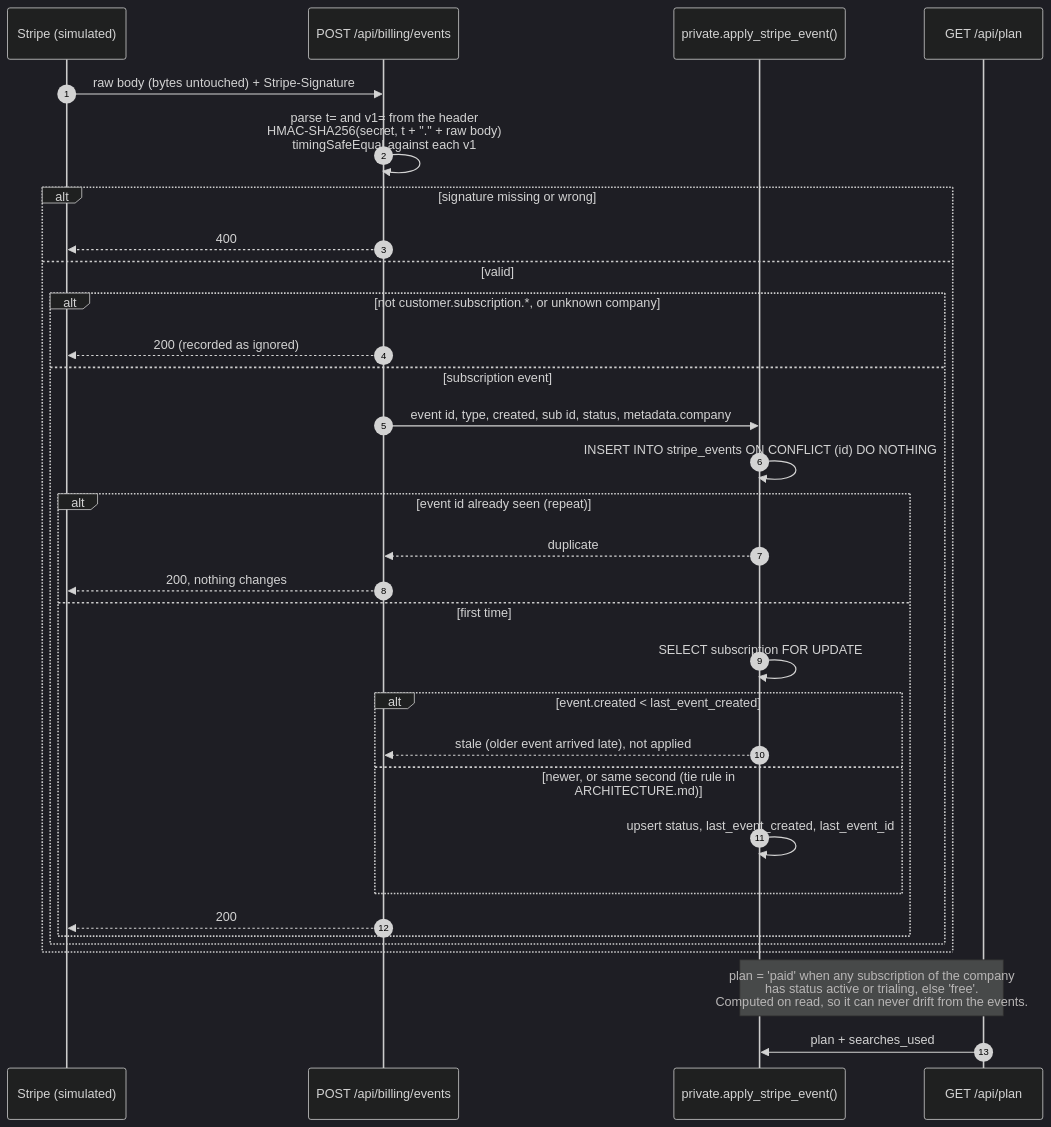
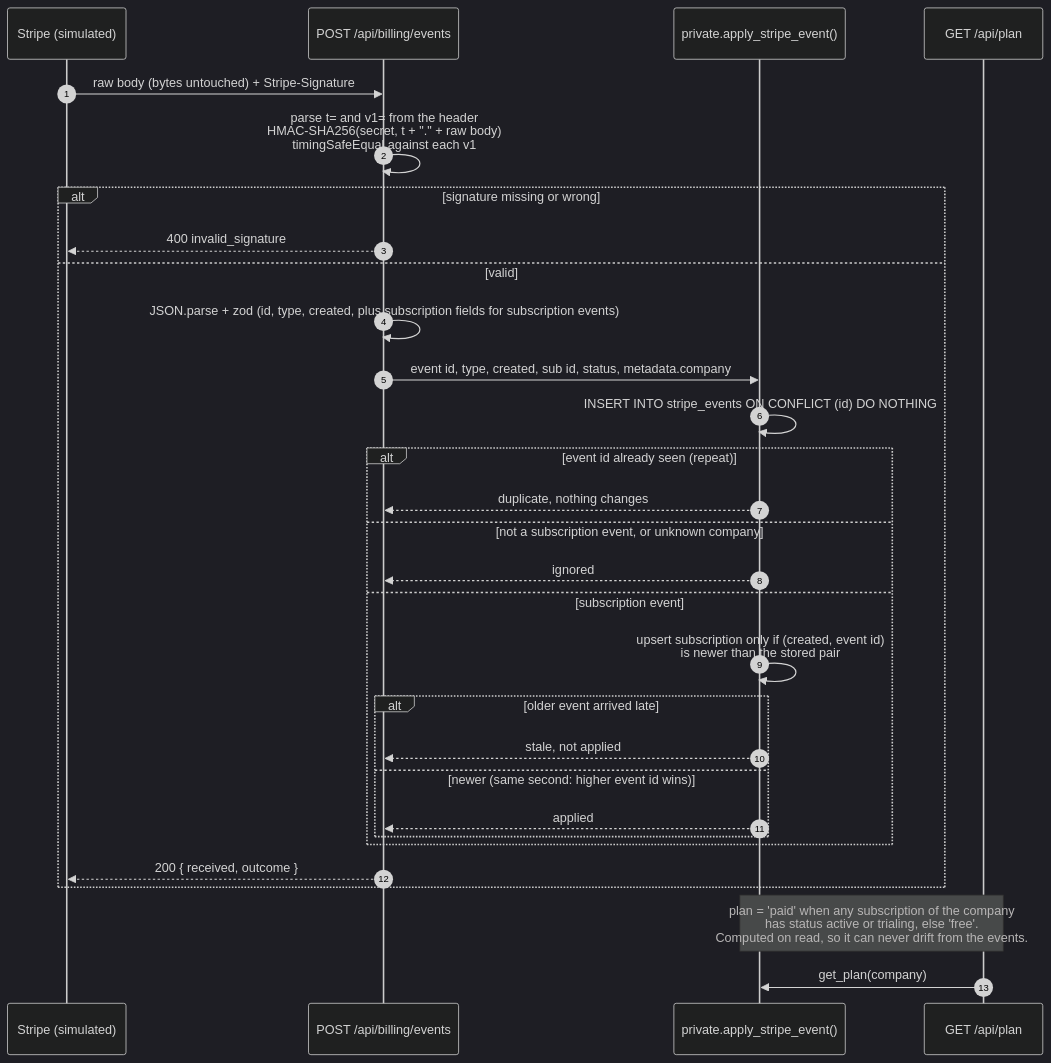
The fifth of 7 diagrams in docs/DIAGRAMS.md (Shweta488/candidate-search), drawn with Mermaid (dark theme) before and after one commit. The commit also changed other lines of this file and 7 other files, not shown here.

First line of the commit message:
docs: align architecture, rules and diagrams with the LLD

````diff
--- a/docs/DIAGRAMS.md
+++ b/docs/DIAGRAMS.md
@@ -257,37 +259,35 @@
 ```mermaid
-%% LLD: Stripe webhook handling. One Postgres transaction per event.
+%% LLD: Stripe webhook handling (LLD section 5). One Postgres transaction per event.
 sequenceDiagram
     autonumber
     participant ST as Stripe (simulated)
     participant API as POST /api/billing/events
     participant DB as private.apply_stripe_event()
     participant PL as GET /api/plan
 
     ST->>API: raw body (bytes untouched) + Stripe-Signature
     API->>API: parse t= and v1= from the header<br/>HMAC-SHA256(secret, t + "." + raw body)<br/>timingSafeEqual against each v1
     alt signature missing or wrong
-        API-->>ST: 400
+        API-->>ST: 400 invalid_signature
     else valid
-        alt not customer.subscription.*, or unknown company
-            API-->>ST: 200 (recorded as ignored)
+        API->>API: JSON.parse + zod (id, type, created, plus subscription fields for subscription events)
+        API->>DB: event id, type, created, sub id, status, metadata.company
+        DB->>DB: INSERT INTO stripe_events ON CONFLICT (id) DO NOTHING
+        alt event id already seen (repeat)
+            DB-->>API: duplicate, nothing changes
+        else not a subscription event, or unknown company
+            DB-->>API: ignored
         else subscription event
-            API->>DB: event id, type, created, sub id, status, metadata.company
-            DB->>DB: INSERT INTO stripe_events ON CONFLICT (id) DO NOTHING
-            alt event id already seen (repeat)
-                DB-->>API: duplicate
-                API-->>ST: 200, nothing changes
-            else first time
-                DB->>DB: SELECT subscription FOR UPDATE
-                alt event.created < last_event_created
-                    DB-->>API: stale (older event arrived late), not applied
-                else newer, or same second (tie rule in ARCHITECTURE.md)
-                    DB->>DB: upsert status, last_event_created, last_event_id
-                end
-                API-->>ST: 200
+            DB->>DB: upsert subscription only if (created, event id)<br/>is newer than the stored pair
+            alt older event arrived late
+                DB-->>API: stale, not applied
+            else newer (same second: higher event id wins)
+                DB-->>API: applied
             end
         end
+        API-->>ST: 200 { received, outcome }
     end
 
     Note over PL,DB: plan = 'paid' when any subscription of the company<br/>has status active or trialing, else 'free'.<br/>Computed on read, so it can never drift from the events.
-    PL->>DB: plan + searches_used
+    PL->>DB: get_plan(company)
 ```
````
